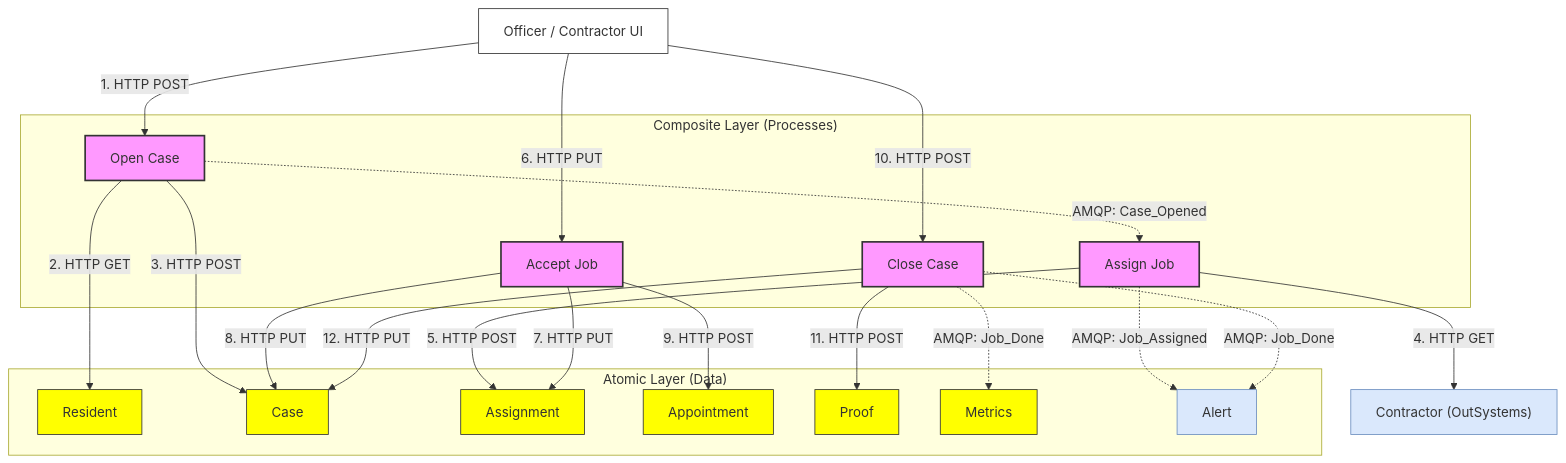
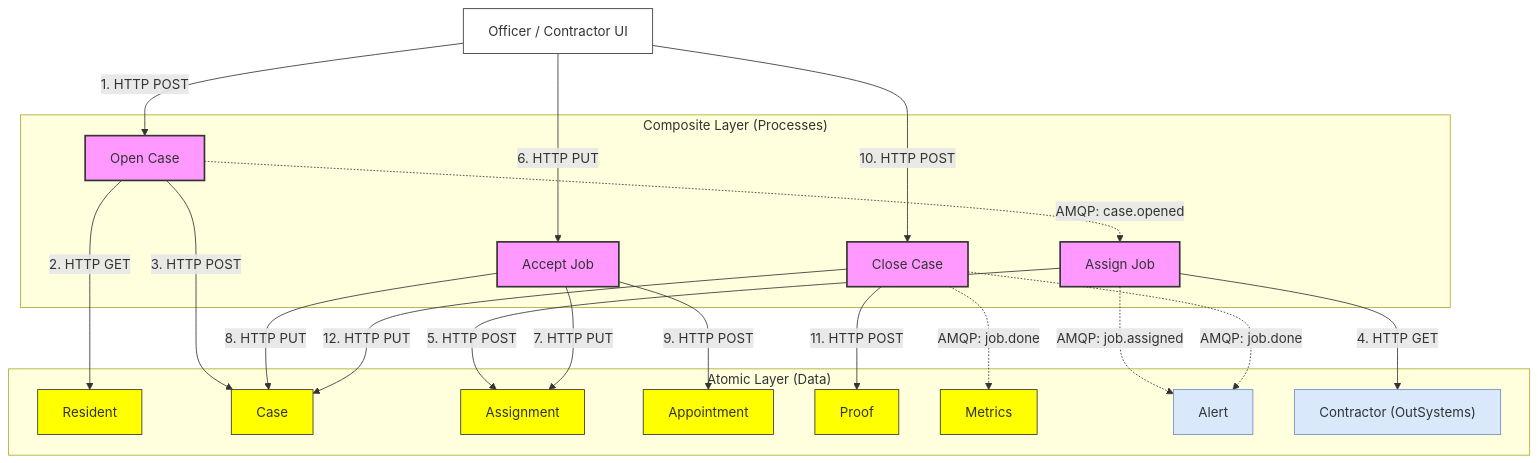
The diagram in docs/architecture.md (zek01svg/town-ops), drawn with Mermaid before and after one commit. The commit also changed other lines of this file and 7 other files, not shown here.

````diff
--- a/docs/architecture.md
+++ b/docs/architecture.md
@@ -36,64 +38,63 @@
 ```mermaid
 flowchart TD
     %% Define Nodes
     UI["Officer / Contractor UI"]
 
     subgraph Composites ["Composite Layer (Processes)"]
         OpenCase["Open Case"]
         AssignJob["Assign Job"]
         AcceptJob["Accept Job"]
         CloseCase["Close Case"]
     end
 
     subgraph Atoms ["Atomic Layer (Data)"]
         Resident["Resident"]
         Case["Case"]
         Assignment["Assignment"]
         Appointment["Appointment"]
         Proof["Proof"]
         Metrics["Metrics"]
         Alert["Alert"]
+        Contractor["Contractor (OutSystems)"]
     end
-
-    Contractor["Contractor (OutSystems)"]
 
     %% Flow 1: Opening
     UI -- "1. HTTP POST" --> OpenCase
     OpenCase -- "2. HTTP GET" --> Resident
     OpenCase -- "3. HTTP POST" --> Case
-    OpenCase -.->|AMQP: Case_Opened| AssignJob
+    OpenCase -.->|AMQP: case.opened| AssignJob
 
     %% Flow 2: Assigning
     AssignJob -- "4. HTTP GET" --> Contractor
     AssignJob -- "5. HTTP POST" --> Assignment
-    AssignJob -.->|AMQP: Job_Assigned| Alert
+    AssignJob -.->|AMQP: job.assigned| Alert
 
     %% Flow 3: Accepting
     UI -- "6. HTTP PUT" --> AcceptJob
     AcceptJob -- "7. HTTP PUT" --> Assignment
     AcceptJob -- "8. HTTP PUT" --> Case
     AcceptJob -- "9. HTTP POST" --> Appointment
 
     %% Flow 4: Closing
     UI -- "10. HTTP POST" --> CloseCase
     CloseCase -- "11. HTTP POST" --> Proof
     CloseCase -- "12. HTTP PUT" --> Case
-    CloseCase -.->|AMQP: Job_Done| Metrics
-    CloseCase -.->|AMQP: Job_Done| Alert
+    CloseCase -.->|AMQP: job.done| Metrics
+    CloseCase -.->|AMQP: job.done| Alert
 
     %% Styling
     style OpenCase fill:#f9f,stroke:#333,stroke-width:2px
     style AssignJob fill:#f9f,stroke:#333,stroke-width:2px
     style AcceptJob fill:#f9f,stroke:#333,stroke-width:2px
     style CloseCase fill:#f9f,stroke:#333,stroke-width:2px
 
     style Case fill:#ffff00,stroke:#333,stroke-width:1px
     style Resident fill:#ffff00,stroke:#333,stroke-width:1px
     style Assignment fill:#ffff00,stroke:#333,stroke-width:1px
     style Appointment fill:#ffff00,stroke:#333,stroke-width:1px
     style Proof fill:#ffff00,stroke:#333,stroke-width:1px
     style Metrics fill:#ffff00,stroke:#333,stroke-width:1px
     style Alert fill:#dae8fc,stroke:#6c8ebf,stroke-width:1px
     style Contractor fill:#dae8fc,stroke:#6c8ebf,stroke-width:1px
     style UI fill:#fff,stroke:#333,stroke-width:1px
 ```
````
